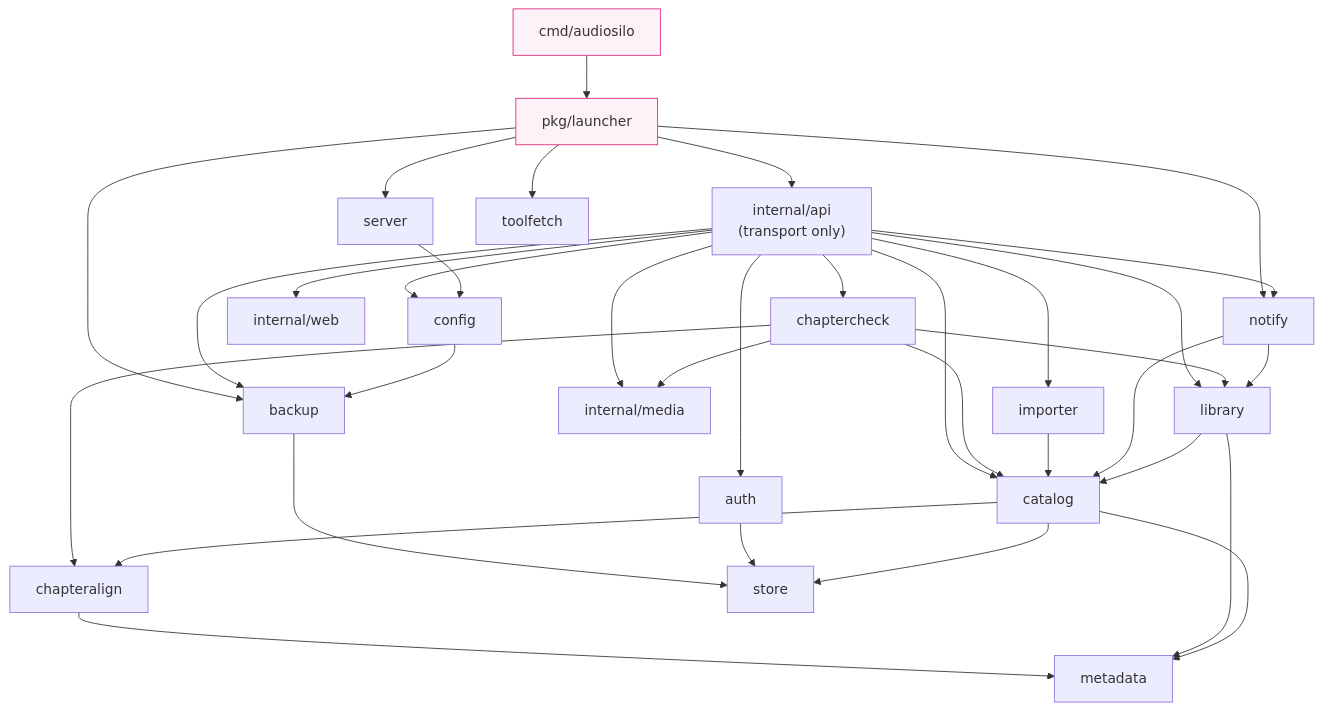
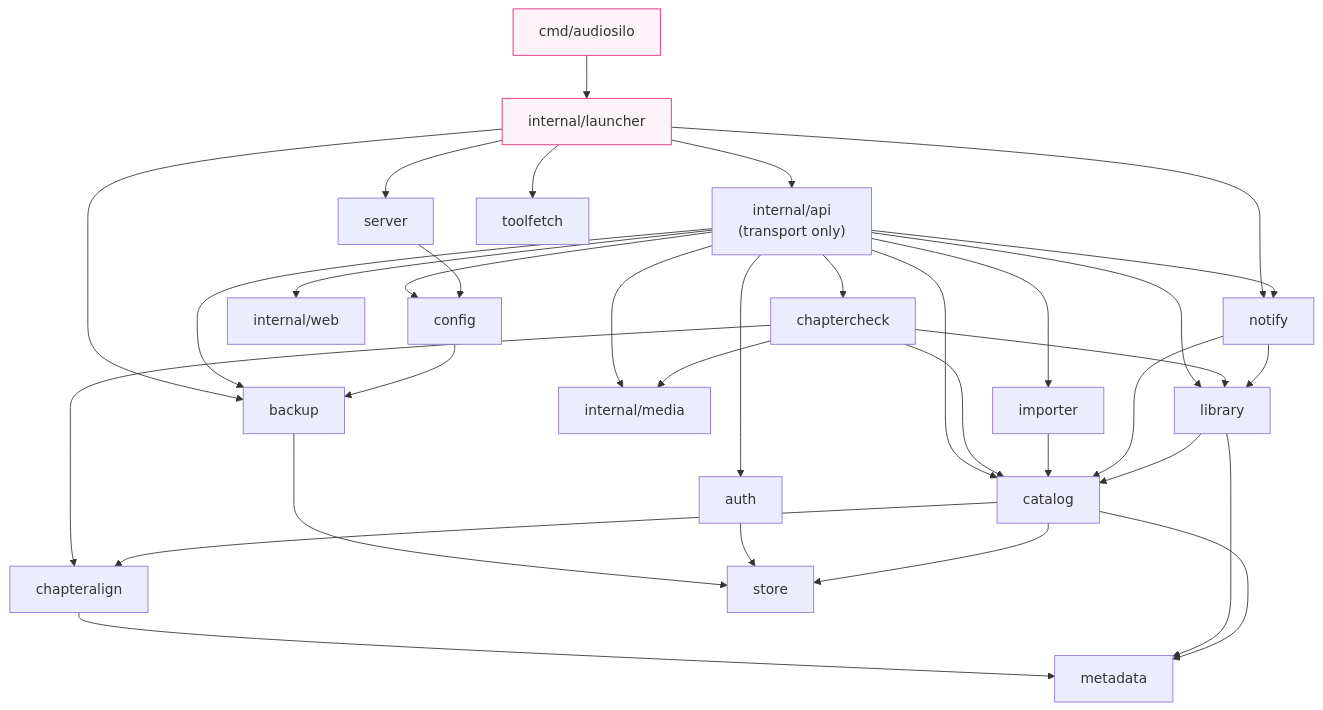
Before and after one commit to KodeStar/audiosilo-docs: the diagram in docs-developers/server/overview.md, drawn with Mermaid. The commit also changed other lines of this file and 83 other files, not shown here.

````diff
--- a/docs-developers/server/overview.md
+++ b/docs-developers/server/overview.md
@@ -553,23 +573,23 @@
 ```mermaid
 graph TD
-  cmd["cmd/audiosilo"] --> launcher["pkg/launcher"]
+  cmd["cmd/audiosilo"] --> launcher["internal/launcher"]
   launcher --> api & server & toolfetch & backup & notify
   api["internal/api<br/>(transport only)"] --> auth & catalog & library & media & config & web & backup & notify & importer & chaptercheck
   chaptercheck --> catalog & library & media & chapteralign
   catalog --> chapteralign
   chapteralign --> metadata
   importer --> catalog
   server --> config
   config --> backup
   backup --> store
   notify --> catalog & library
   library --> catalog & metadata
   auth --> store
   catalog --> store
   catalog --> metadata
   web["internal/web"]
   media["internal/media"]
 
   classDef pub fill:#fdf2f8,stroke:#db2777;
   class launcher,cmd pub;
 ```
````
